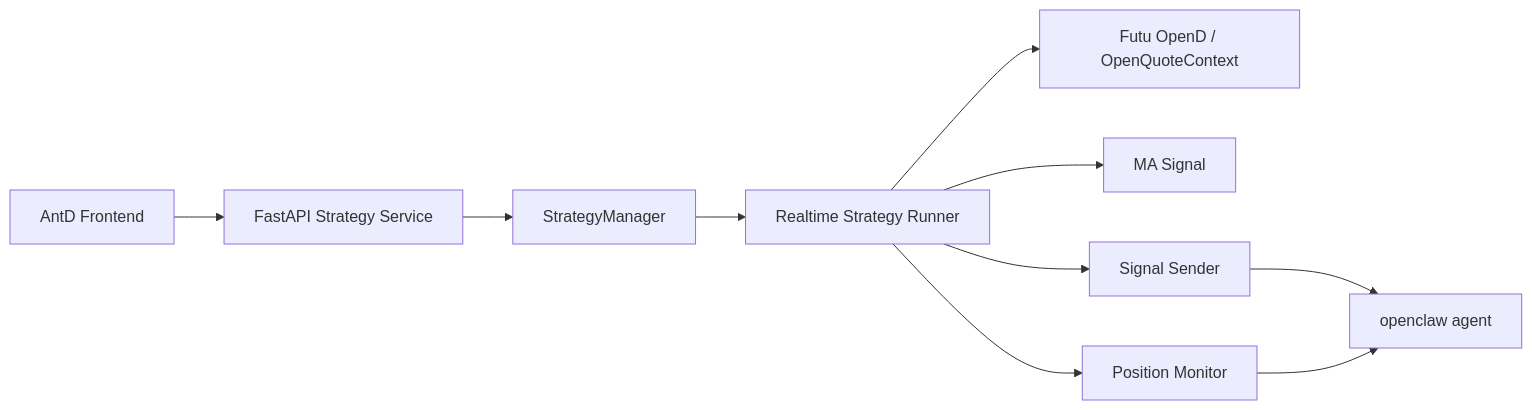
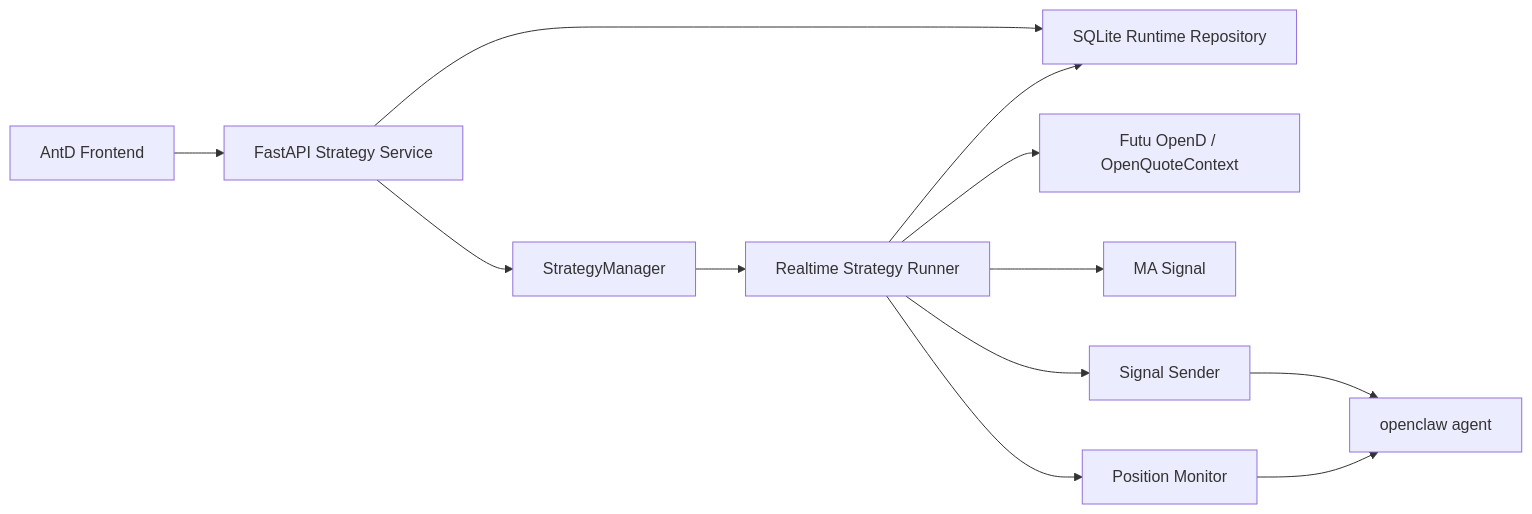
The first of 4 diagrams in docs/STRATEGY_ARCHITECTURE.md (JasperLai/quant-trading-system), drawn with Mermaid before and after one commit. The commit also changed other lines of this file and 15 other files, not shown here.

Commit message:
Add SQLite runtime repository and execution history

````diff
--- a/docs/STRATEGY_ARCHITECTURE.md
+++ b/docs/STRATEGY_ARCHITECTURE.md
@@ -28,12 +29,14 @@
 ```mermaid
 flowchart LR
     UI["AntD Frontend"] --> API["FastAPI Strategy Service"]
     API --> SM["StrategyManager"]
+    API --> REPO["SQLite Runtime Repository"]
     SM --> RT["Realtime Strategy Runner"]
     RT --> OD["Futu OpenD / OpenQuoteContext"]
     RT --> SG["MA Signal"]
     RT --> SS["Signal Sender"]
     RT --> PM["Position Monitor"]
+    RT --> REPO
     SS --> OC["openclaw agent"]
     PM --> OC
 ```
````
